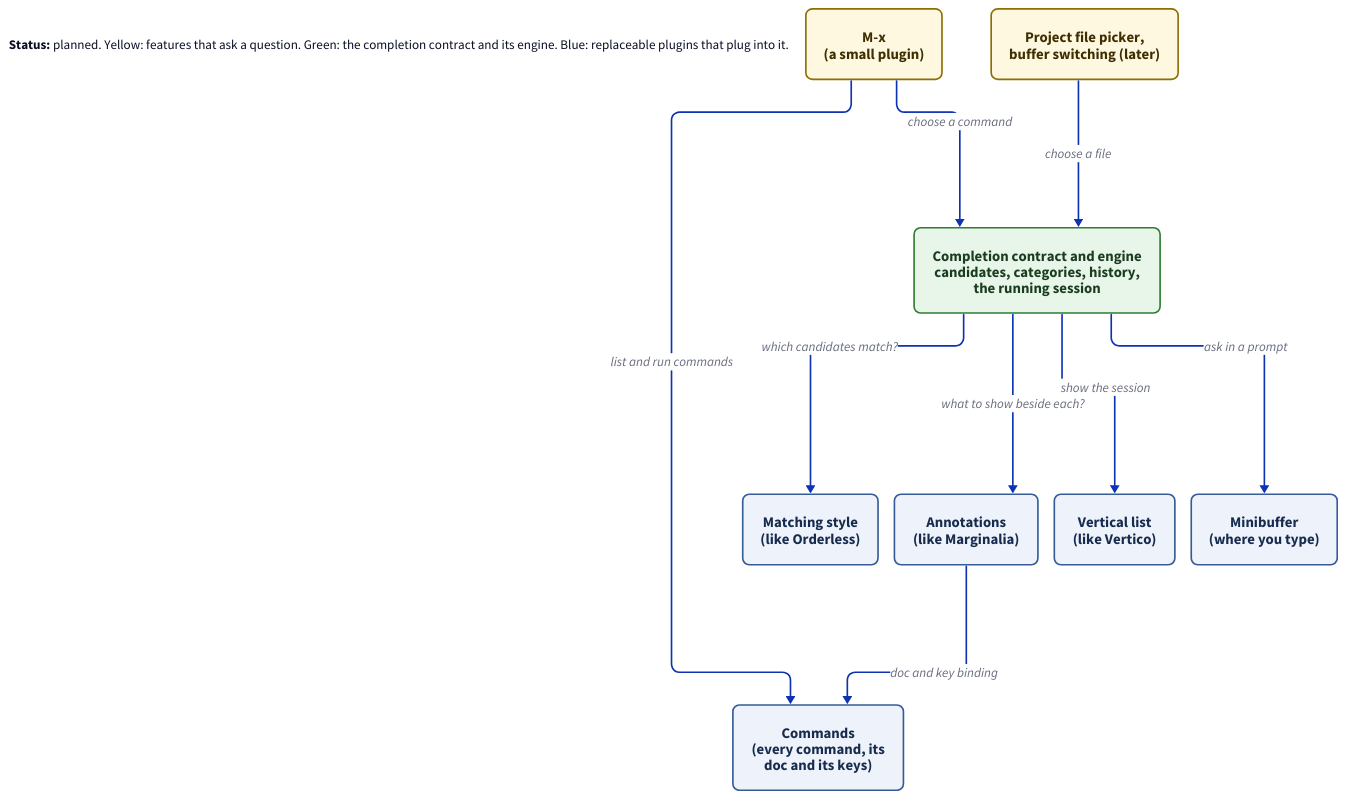
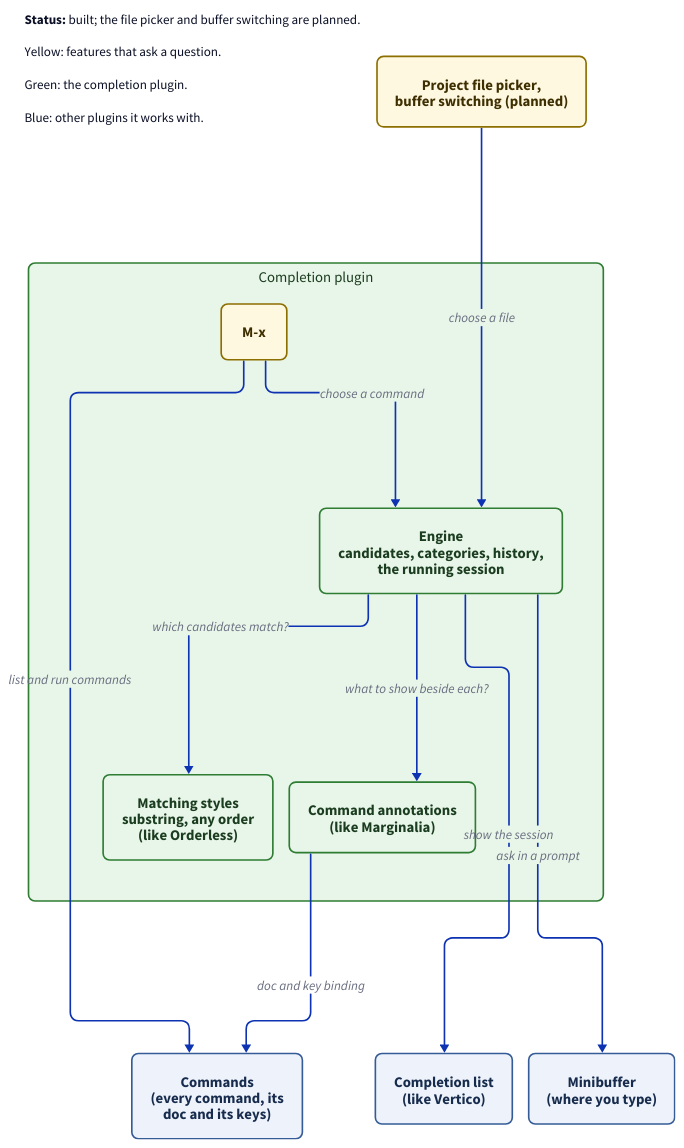
The diagram in docs/diagrams/completion-plugins.d2 (jaybonthius/tuna), drawn with D2 before and after one commit. The commit also changed 11 other files, not shown here.

```diff
--- a/docs/diagrams/completion-plugins.d2
+++ b/docs/diagrams/completion-plugins.d2
@@ -1,60 +1,69 @@
 # Which plugin does what when you complete something?
 vars: {
   d2-config: {
     layout-engine: elk
     theme-id: 0
   }
 }
 direction: down
 
 classes: {
   user: {
     style: {
       fill: "#fff8e1"
       stroke: "#8d6e00"
       font-color: "#3e2f00"
       border-radius: 8
       font-size: 18
     }
   }
   part: {
     style: {
       fill: "#eef3fb"
       stroke: "#355c96"
       font-color: "#172b4d"
       border-radius: 8
       font-size: 18
     }
   }
   core: {
     style: {
       fill: "#e8f5e9"
       stroke: "#2e7d32"
       font-color: "#1b3d1f"
       border-radius: 8
       font-size: 18
     }
   }
 }
 
 legend: |md
-  **Status:** planned. Yellow: features that ask a question. Green: the completion contract and its engine. Blue: replaceable plugins that plug into it.
+  **Status:** built; the file picker and buffer switching are planned.
+
+  Yellow: features that ask a question.
+
+  Green: the completion plugin.
+
+  Blue: other plugins it works with.
 |
 
-mx: "M-x\n(a small plugin)" {class: user}
-picker: "Project file picker,\nbuffer switching (later)" {class: user}
-engine: "Completion contract and engine\ncandidates, categories, history,\nthe running session" {class: core}
-ui: "Vertical list\n(like Vertico)" {class: part}
-matcher: "Matching style\n(like Orderless)" {class: part}
-notes: "Annotations\n(like Marginalia)" {class: part}
+picker: "Project file picker,\nbuffer switching (planned)" {class: user}
+completion: "Completion plugin" {
+  class: core
+  engine: "Engine\ncandidates, categories, history,\nthe running session" {class: core}
+  mx: "M-x" {class: user}
+  matcher: "Matching styles\nsubstring, any order\n(like Orderless)" {class: core}
+  notes: "Command annotations\n(like Marginalia)" {class: core}
+}
+ui: "Completion list\n(like Vertico)" {class: part}
 minibuffer: "Minibuffer\n(where you type)" {class: part}
 commands: "Commands\n(every command, its\ndoc and its keys)" {class: part}
 
-mx -> engine: "choose a command"
-picker -> engine: "choose a file"
-engine -> matcher: "which candidates match?"
-engine -> notes: "what to show beside each?"
-engine -> ui: "show the session"
-engine -> minibuffer: "ask in a prompt"
-mx -> commands: "list and run commands"
-notes -> commands: "doc and key binding"
+completion.mx -> completion.engine: "choose a command"
+picker -> completion.engine: "choose a file"
+completion.engine -> completion.matcher: "which candidates match?"
+completion.engine -> completion.notes: "what to show beside each?"
+completion.engine -> ui: "show the session"
+completion.engine -> minibuffer: "ask in a prompt"
+completion.mx -> commands: "list and run commands"
+completion.notes -> commands: "doc and key binding"
```
